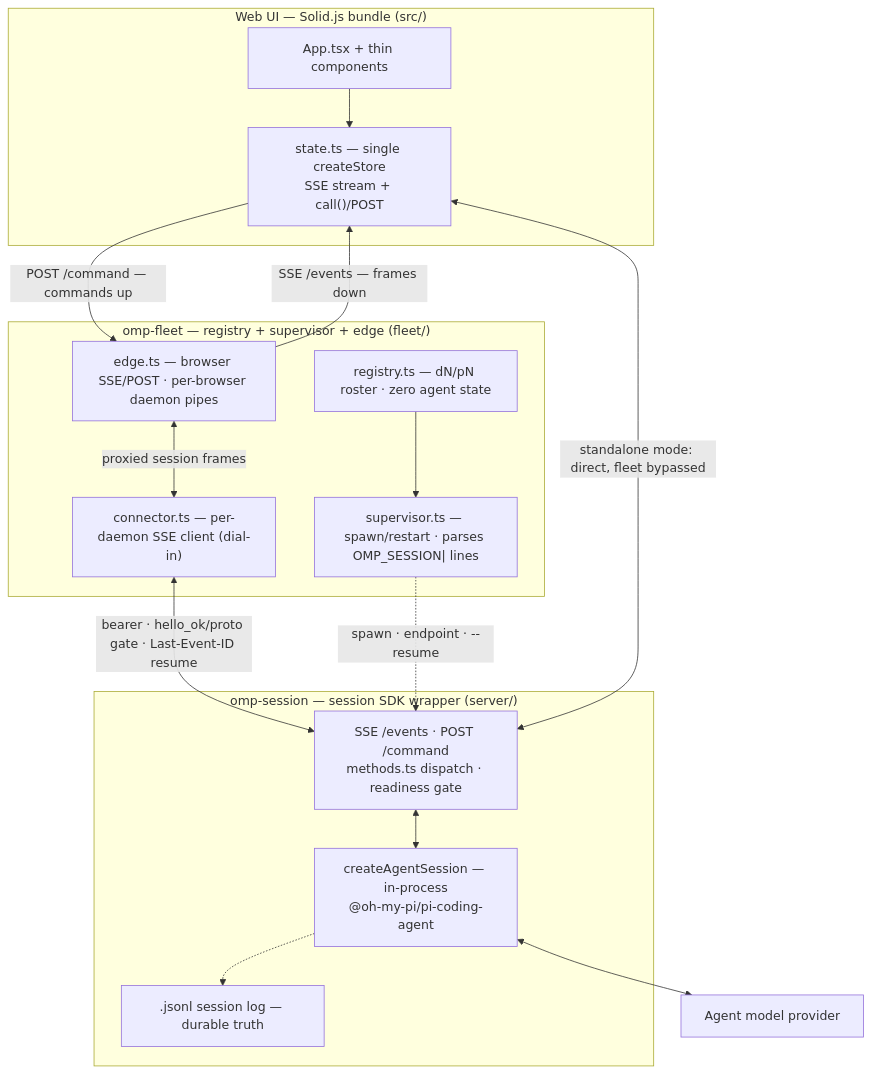
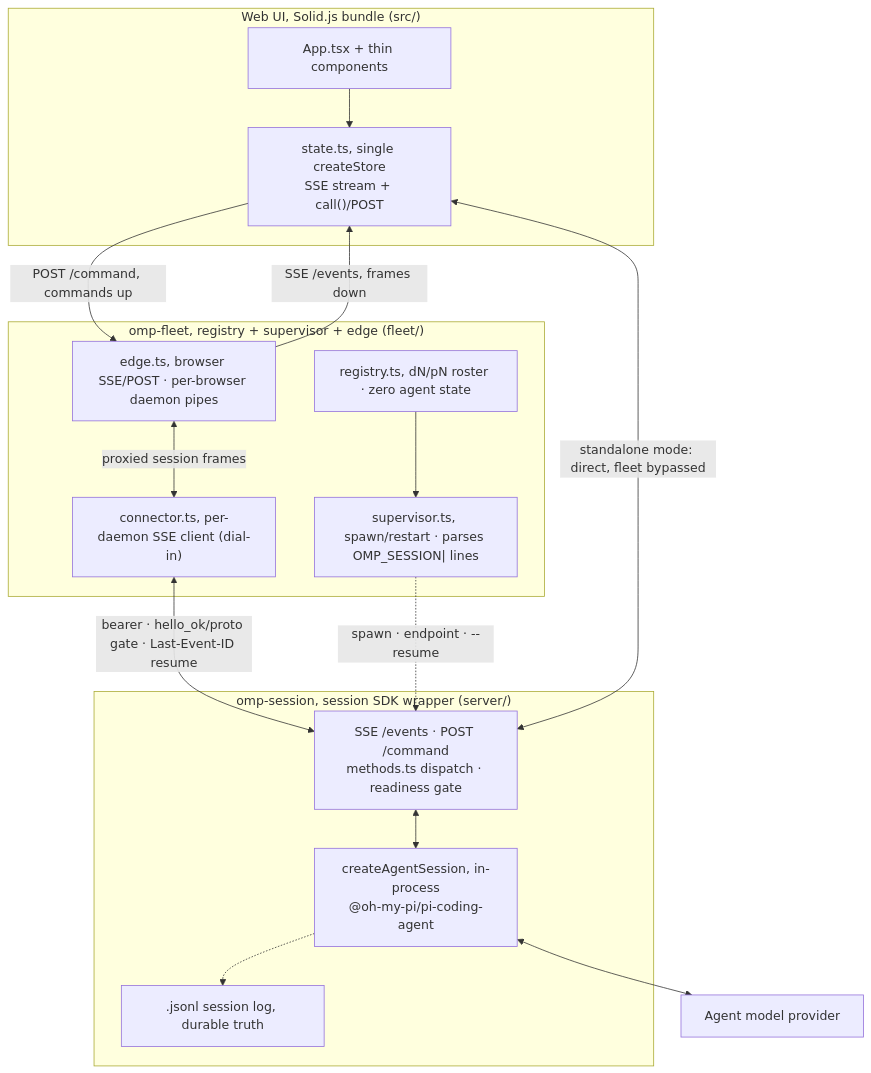
The diagram in docs/architecture.md (nibblebot/omp-web), drawn with Mermaid before and after one commit. The commit also changed other lines of this file and 9 other files, not shown here.

````diff
--- a/docs/architecture.md
+++ b/docs/architecture.md
@@ -18,34 +18,34 @@
 ```mermaid
 flowchart TB
-  subgraph web["Web UI — Solid.js bundle (src/)"]
-    store["state.ts — single createStore<br/>SSE stream + call()/POST"]
+  subgraph web["Web UI, Solid.js bundle (src/)"]
+    store["state.ts, single createStore<br/>SSE stream + call()/POST"]
     ui["App.tsx + thin components"]
   end
 
-  subgraph fleet["omp-fleet — registry + supervisor + edge (fleet/)"]
-    edge["edge.ts — browser SSE/POST · per-browser daemon pipes"]
-    conn["connector.ts — per-daemon SSE client (dial-in)"]
-    super["supervisor.ts — spawn/restart · parses OMP_SESSION| lines"]
-    reg["registry.ts — dN/pN roster · zero agent state"]
+  subgraph fleet["omp-fleet, registry + supervisor + edge (fleet/)"]
+    edge["edge.ts, browser SSE/POST · per-browser daemon pipes"]
+    conn["connector.ts, per-daemon SSE client (dial-in)"]
+    super["supervisor.ts, spawn/restart · parses OMP_SESSION| lines"]
+    reg["registry.ts, dN/pN roster · zero agent state"]
   end
 
-  subgraph sdk["omp-session — session SDK wrapper (server/)"]
+  subgraph sdk["omp-session, session SDK wrapper (server/)"]
     daemon["SSE /events · POST /command<br/>methods.ts dispatch · readiness gate"]
-    wrap["createAgentSession — in-process<br/>@oh-my-pi/pi-coding-agent"]
-    log[".jsonl session log — durable truth"]
+    wrap["createAgentSession, in-process<br/>@oh-my-pi/pi-coding-agent"]
+    log[".jsonl session log, durable truth"]
   end
 
   model["Agent model provider"]
 
   ui --> store
-  store -->|"POST /command — commands up"| edge
-  edge -->|"SSE /events — frames down"| store
+  store -->|"POST /command, commands up"| edge
+  edge -->|"SSE /events, frames down"| store
   edge <-->|"proxied session frames"| conn
   conn <-->|"bearer · hello_ok/proto gate · Last-Event-ID resume"| daemon
   super -. "spawn · endpoint · --resume" .-> daemon
   reg --> super
   daemon <--> wrap
   wrap <--> model
   wrap -.-> log
   store <-->|"standalone mode: direct, fleet bypassed"| daemon
 ```
````
